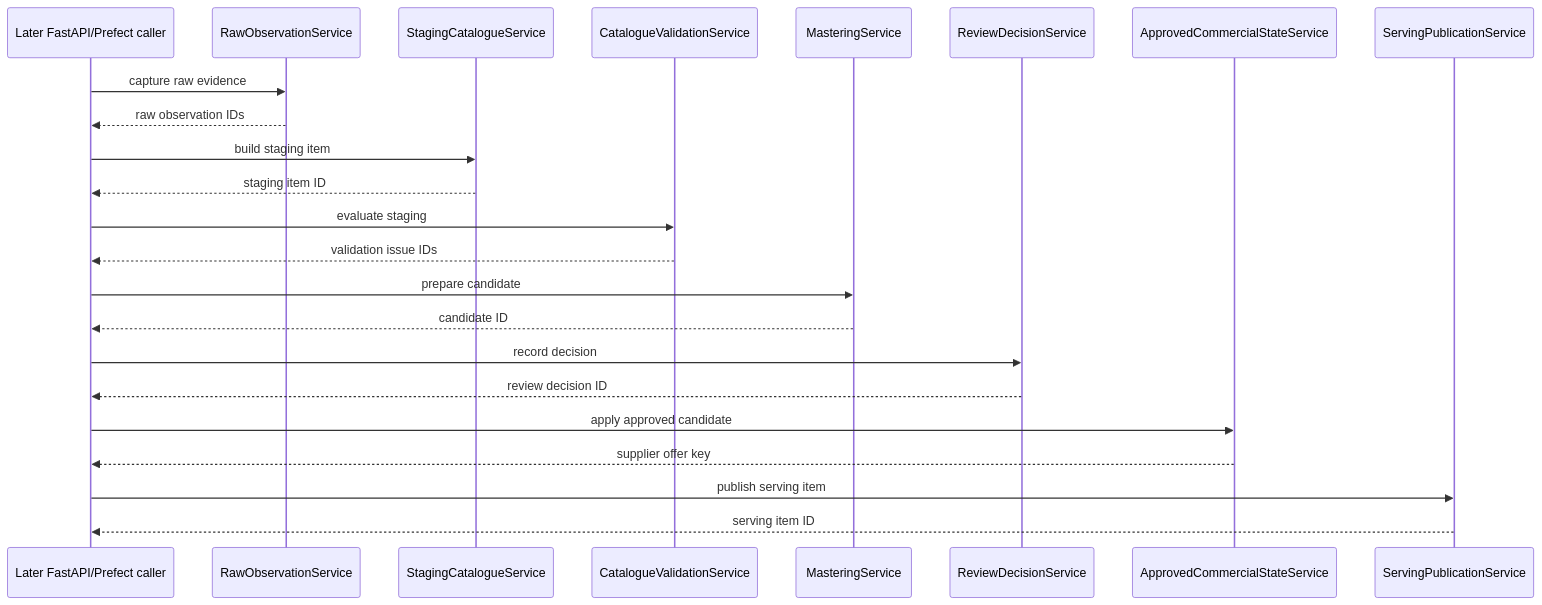
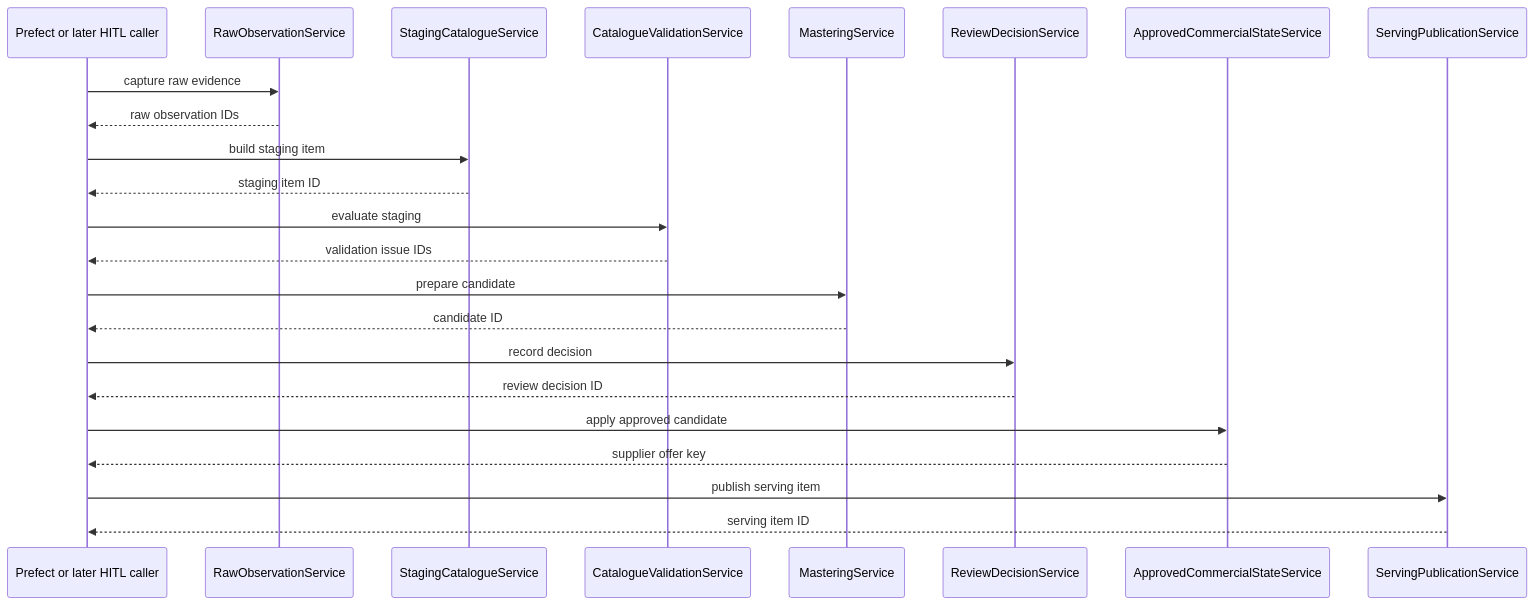
The diagram in docs/architecture/catalogue-pipeline-stage-services.md (kali-physi-hacker/rosetta-ims), drawn with Mermaid before and after one commit. The commit also changed other lines of this file and 7 other files, not shown here.

Commit message:
docs(api): document catalogue prefect orchestration

````diff
--- a/docs/architecture/catalogue-pipeline-stage-services.md
+++ b/docs/architecture/catalogue-pipeline-stage-services.md
@@ -97,26 +98,26 @@
 ```mermaid
 sequenceDiagram
-    participant Caller as Later FastAPI/Prefect caller
+    participant Caller as Prefect or later HITL caller
     participant Raw as RawObservationService
     participant Stage as StagingCatalogueService
     participant Validate as CatalogueValidationService
     participant Master as MasteringService
     participant Review as ReviewDecisionService
     participant Apply as ApprovedCommercialStateService
     participant Publish as ServingPublicationService
 
     Caller->>Raw: capture raw evidence
     Raw-->>Caller: raw observation IDs
     Caller->>Stage: build staging item
     Stage-->>Caller: staging item ID
     Caller->>Validate: evaluate staging
     Validate-->>Caller: validation issue IDs
     Caller->>Master: prepare candidate
     Master-->>Caller: candidate ID
     Caller->>Review: record decision
     Review-->>Caller: review decision ID
     Caller->>Apply: apply approved candidate
     Apply-->>Caller: supplier offer key
     Caller->>Publish: publish serving item
     Publish-->>Caller: serving item ID
 ```
````
